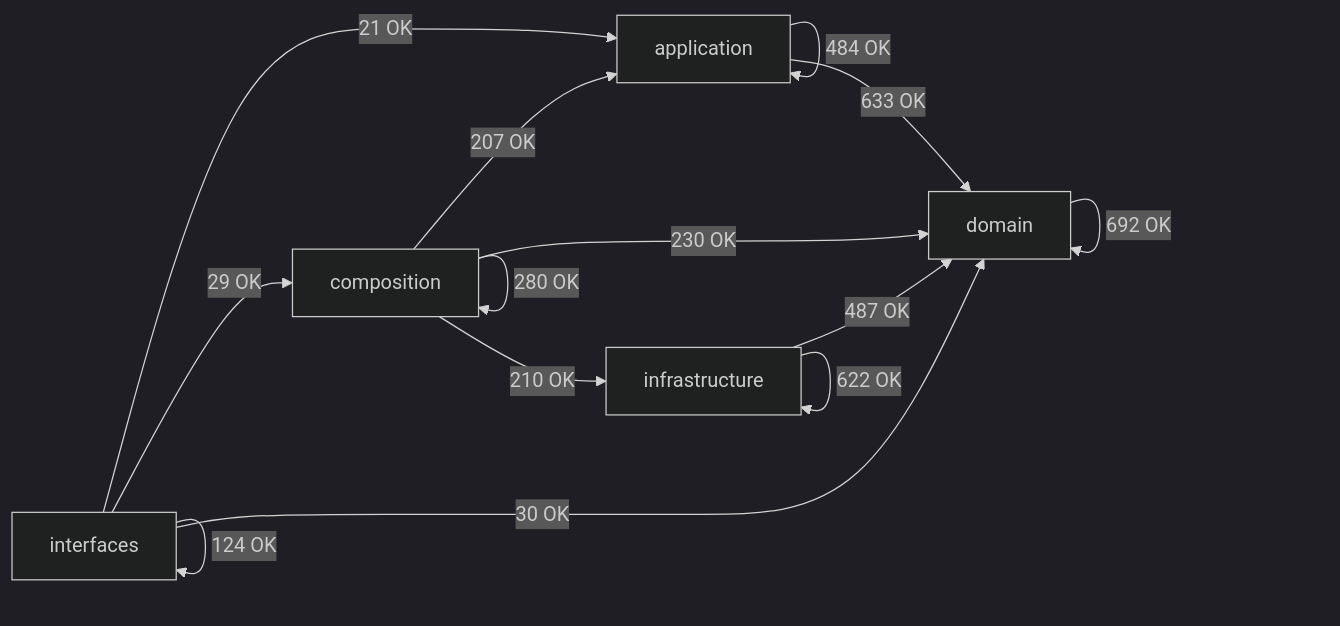
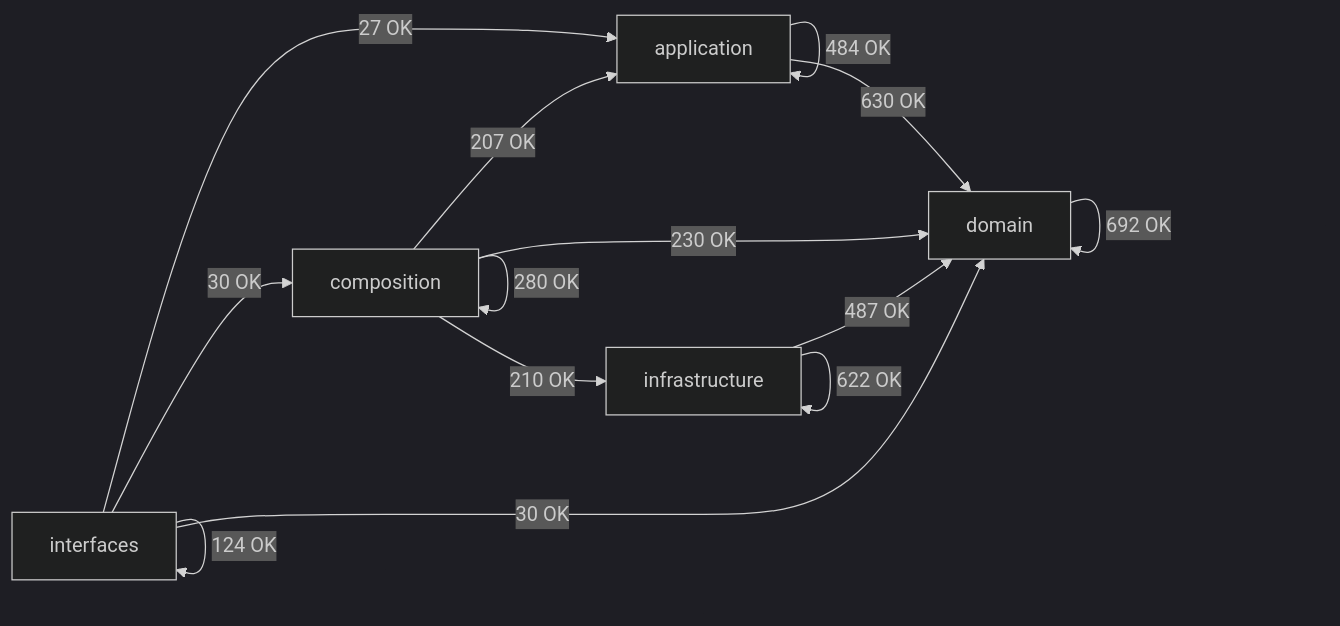
One commit to SatoryKono/BioactivityDataAcquisition changed the diagram in docs/02-architecture/generated/module-dependency-map.md. Above: the diagram before and after it, drawn with Mermaid (dark theme). The commit also changed other lines of this file and 40 other files, not shown here.

````diff
--- a/docs/02-architecture/generated/module-dependency-map.md
+++ b/docs/02-architecture/generated/module-dependency-map.md
@@ -16,21 +16,21 @@
 ```mermaid
 flowchart LR
     domain[domain]
     application[application]
     infrastructure[infrastructure]
     composition[composition]
     interfaces[interfaces]
     application -->|484 OK| application
-    application -->|633 OK| domain
+    application -->|630 OK| domain
     composition -->|207 OK| application
     composition -->|280 OK| composition
     composition -->|230 OK| domain
     composition -->|210 OK| infrastructure
     domain -->|692 OK| domain
     infrastructure -->|487 OK| domain
     infrastructure -->|622 OK| infrastructure
-    interfaces -->|21 OK| application
-    interfaces -->|29 OK| composition
+    interfaces -->|27 OK| application
+    interfaces -->|30 OK| composition
     interfaces -->|30 OK| domain
     interfaces -->|124 OK| interfaces
 ```
````
